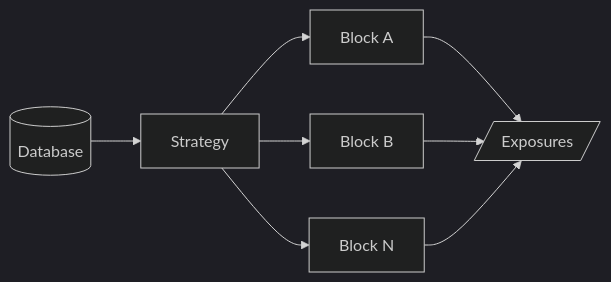
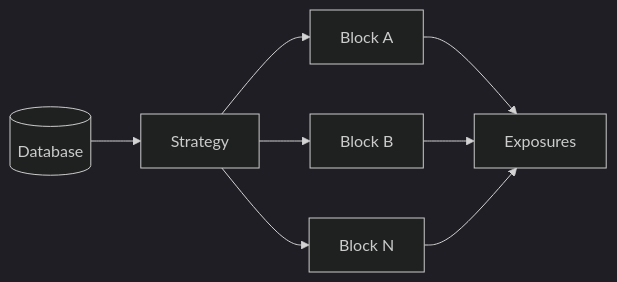
Before and after one commit to ActurialCapital/acturialcapital-docs: the first of 2 diagrams in docs/getting_started/main_concepts.md, drawn with Mermaid (dark theme). The commit also changed other lines of this file and 18 other files, not shown here.

````diff
--- a/docs/getting_started/main_concepts.md
+++ b/docs/getting_started/main_concepts.md
@@ -52,8 +52,8 @@
 ``` mermaid
 graph LR
   id1[(Database)] --> B[Strategy];
   B --> C[Block A] & D[Block B] & E[Block N];
-  C --> I[/Exposures/];
+  C --> I[Exposures];
   D --> I;
   E --> I;
 ```
````
